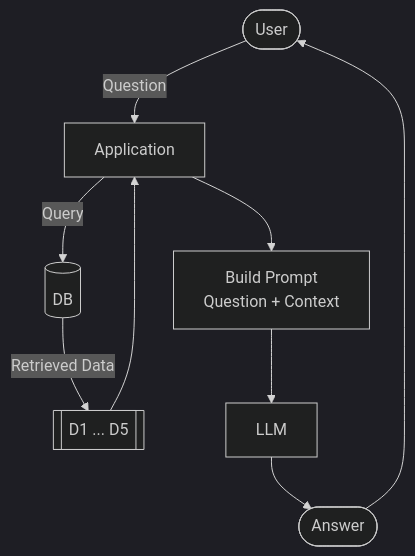
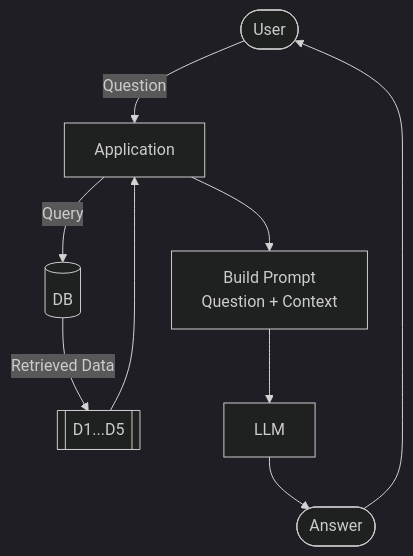
Before and after one commit to atulsharma235/llm-zoomcamp-2026-code: the diagram in 01-agentic-rag/learning/module-1-RAG.md, drawn with Mermaid (dark theme). The commit also changed other lines of this file, not shown here.

Commit message:
update to the RAG flow chart

````diff
--- a/01-agentic-rag/learning/module-1-RAG.md
+++ b/01-agentic-rag/learning/module-1-RAG.md
@@ -147,19 +134,19 @@
 ```mermaid
 flowchart TD
     U([User])
     APP[Application]
     DB[(DB)]
-    DOCS[[D1 ... D5]]
+    DOCS[[D1...D5]]
     PROMPT[Build Prompt<br/>Question + Context]
     LLM[LLM]
     ANSWER([Answer])
 
     U -->|Question| APP
     APP -->|Query| DB
     DB -->|Retrieved Data| DOCS
     DOCS --> APP
     APP --> PROMPT
     PROMPT --> LLM
     LLM --> ANSWER
     ANSWER --> U
 ```
````
